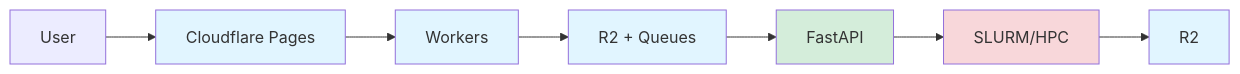
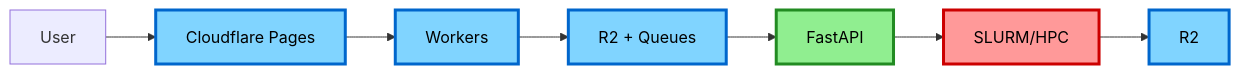
Before and after one commit to ucdavis/accessible-pdf-rocky: the first of 2 diagrams in docs/DEVELOPMENT.md, drawn with Mermaid. The commit also changed other lines of this file and 2 other files, not shown here.

Commit message:
Changed: Updates diagram styles for clarity
Updates the styles of diagrams in the documentation to improve
readability and visual clarity. The changes involve adjusting
the fill color, stroke color, and stroke width for various
elements in the diagrams, enhancing the overall presentation
of the system architecture and development workflows. (Internal)

````diff
--- a/docs/DEVELOPMENT.md
+++ b/docs/DEVELOPMENT.md
@@ -9,16 +9,16 @@
 ```mermaid
 flowchart LR
     A[User] --> B[Cloudflare Pages]
     B --> C[Workers]
     C --> D[R2 + Queues]
     D --> E[FastAPI]
     E --> F[SLURM/HPC]
     F --> G[R2]
     
-    style B fill:#e1f5ff
-    style C fill:#e1f5ff
-    style D fill:#e1f5ff
-    style E fill:#d4edda
-    style F fill:#f8d7da
-    style G fill:#e1f5ff
+    style B fill:#80d4ff,stroke:#0066cc,stroke-width:3px,color:#000
+    style C fill:#80d4ff,stroke:#0066cc,stroke-width:3px,color:#000
+    style D fill:#80d4ff,stroke:#0066cc,stroke-width:3px,color:#000
+    style E fill:#90ee90,stroke:#228b22,stroke-width:3px,color:#000
+    style F fill:#ff9999,stroke:#cc0000,stroke-width:3px,color:#000
+    style G fill:#80d4ff,stroke:#0066cc,stroke-width:3px,color:#000
 ```
````
